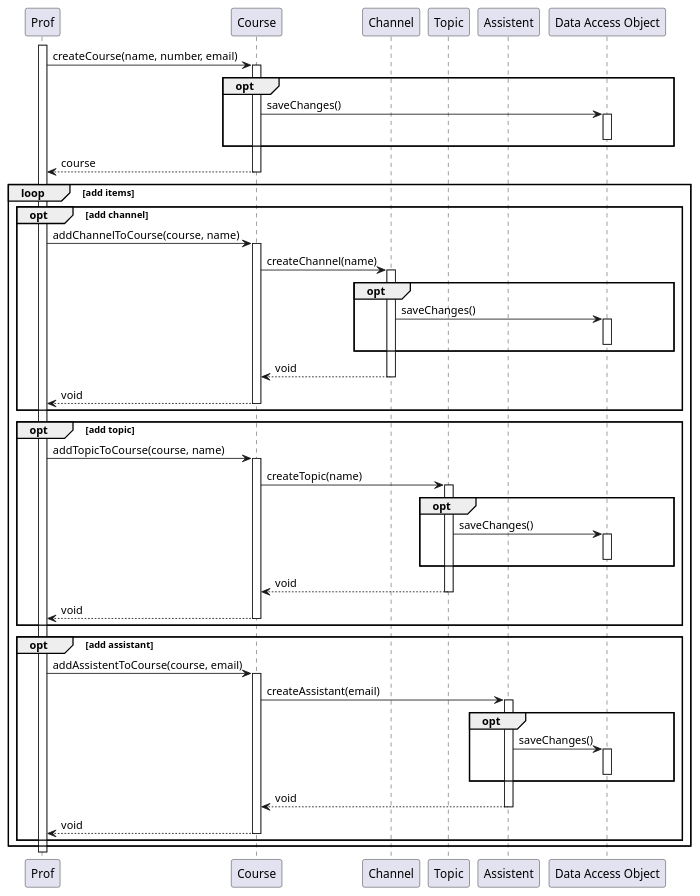
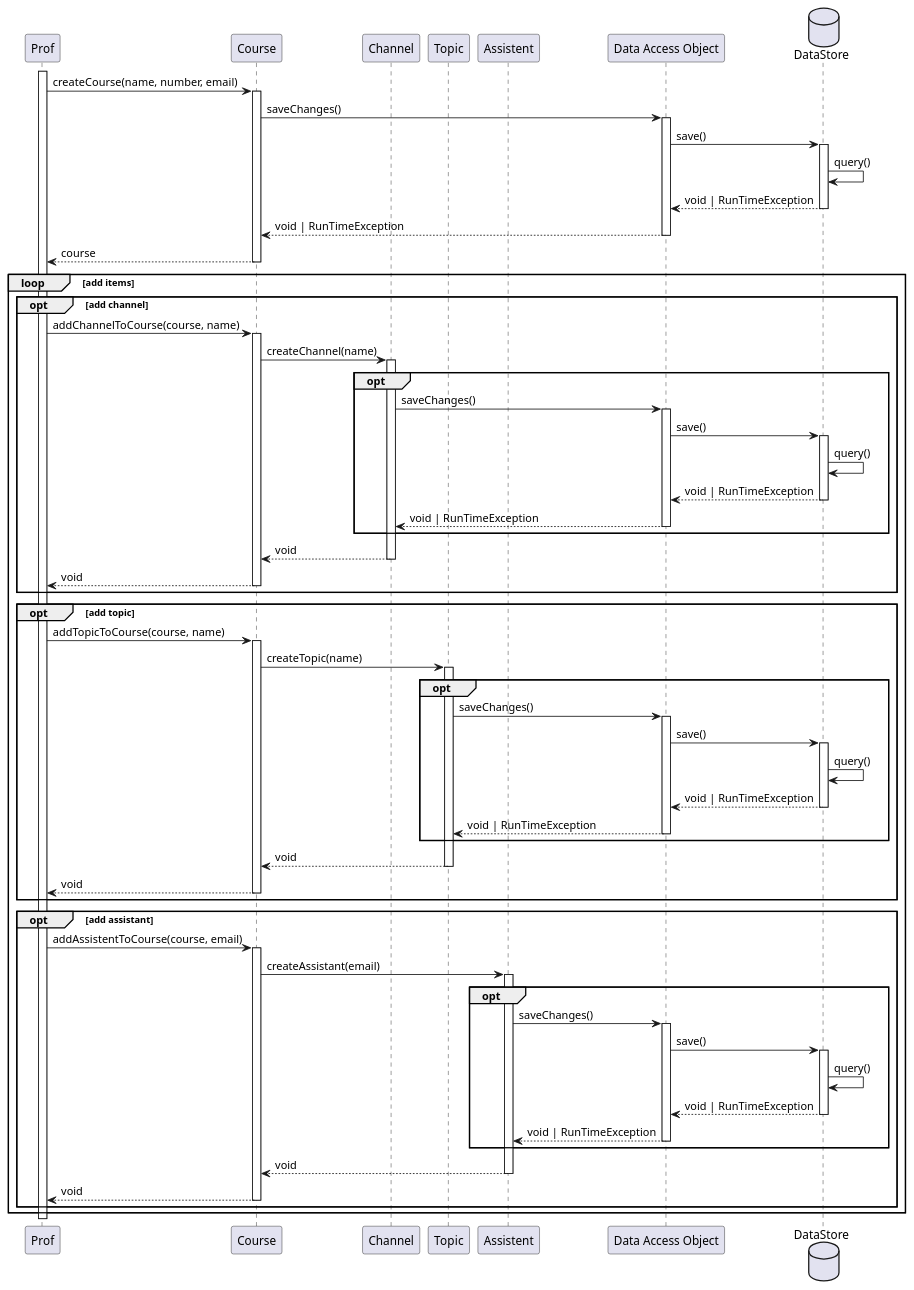
One commit to Singh-Kiran-P/StuNet changed the diagram in Diagrams/Sequence_Diagrams/create_course.puml. Above: the diagram before and after it, drawn with PlantUML.

Commit message:
docs: Add data store to create_course in /SD
* Add data store to create_course in /Diagrams/Sequence_Diagrams

```diff
--- a/Diagrams/Sequence_Diagrams/create_course.puml
+++ b/Diagrams/Sequence_Diagrams/create_course.puml
@@ -3,77 +3,97 @@
 @startuml create course sequention diagram
 participant Prof
 participant Course
 participant Channel
 participant Topic
 participant Assistent
 participant "Data Access Object"
+database DataStore
 
 activate Prof
     Prof -> Course: createCourse(name, number, email)
     activate Course
-    opt
+
         Course -> "Data Access Object": saveChanges()
         activate "Data Access Object"
-
+            "Data Access Object" -> DataStore: save()
+            activate DataStore
+                DataStore -> DataStore: query()
+                DataStore --> "Data Access Object": void | RunTimeException
+            deactivate DataStore
+            "Data Access Object" --> Course: void | RunTimeException
         deactivate "Data Access Object"
-    end
     Course --> Prof: course
     deactivate Course
 
     loop add items
         opt add channel
             'channel op hoogte van pijl normaal gezien
             Prof -> Course: addChannelToCourse(course, name)
             activate Course
                 Course -> Channel: createChannel(name)
                 activate Channel
                     opt
                         Channel -> "Data Access Object": saveChanges()
                         activate "Data Access Object"
-
+                            "Data Access Object" -> DataStore: save()
+                            activate DataStore
+                                DataStore -> DataStore: query()
+                                DataStore --> "Data Access Object": void | RunTimeException
+                            deactivate DataStore
+                            "Data Access Object" --> Channel: void | RunTimeException
                         deactivate "Data Access Object"
                     end
                     Channel --> Course: void
                 deactivate Channel
                 Course --> Prof: void
             deactivate Course
         end
 
         opt add topic
             ' activate Course
             Prof -> Course: addTopicToCourse(course, name)
             activate Course
                 Course -> Topic: createTopic(name)
                 activate Topic
                     opt
                         Topic -> "Data Access Object": saveChanges()
                         activate "Data Access Object"
-
+                            "Data Access Object" -> DataStore: save()
+                            activate DataStore
+                                DataStore -> DataStore: query()
+                                DataStore --> "Data Access Object": void | RunTimeException
+                            deactivate DataStore
+                            "Data Access Object" --> Topic: void | RunTimeException
                         deactivate "Data Access Object"
                     end
                     Topic --> Course: void
                 deactivate Topic
                 Course --> Prof: void
             deactivate Course
         end
 
         opt add assistant
             Prof -> Course: addAssistentToCourse(course, email)
             activate Course
                 Course -> Assistent: createAssistant(email)
                 activate Assistent
                     opt
                         Assistent -> "Data Access Object": saveChanges()
                         activate "Data Access Object"
-
+                            "Data Access Object" -> DataStore: save()
+                            activate DataStore
+                                DataStore -> DataStore: query()
+                                DataStore --> "Data Access Object": void | RunTimeException
+                            deactivate DataStore
+                            "Data Access Object" --> Assistent: void | RunTimeException
                         deactivate "Data Access Object"
                     end
                     Assistent --> Course: void
                 deactivate Assistent
                 Course --> Prof: void
             deactivate Course
         end
     end
 deactivate Prof
 
 @enduml
```
